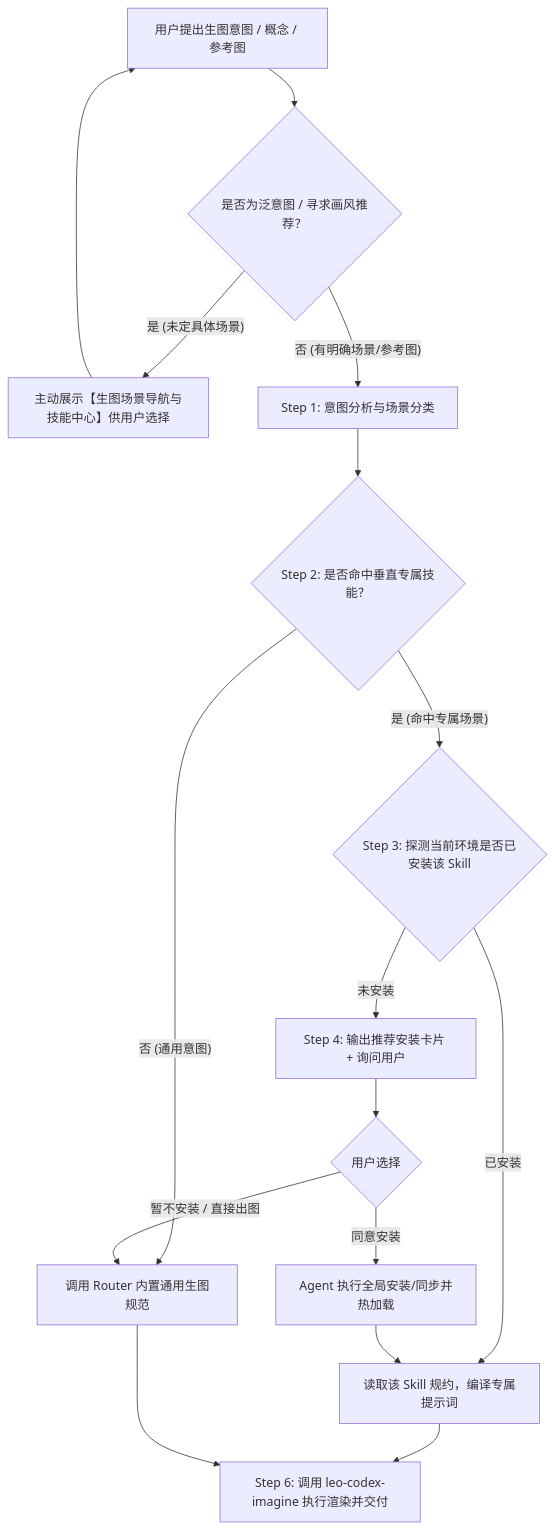
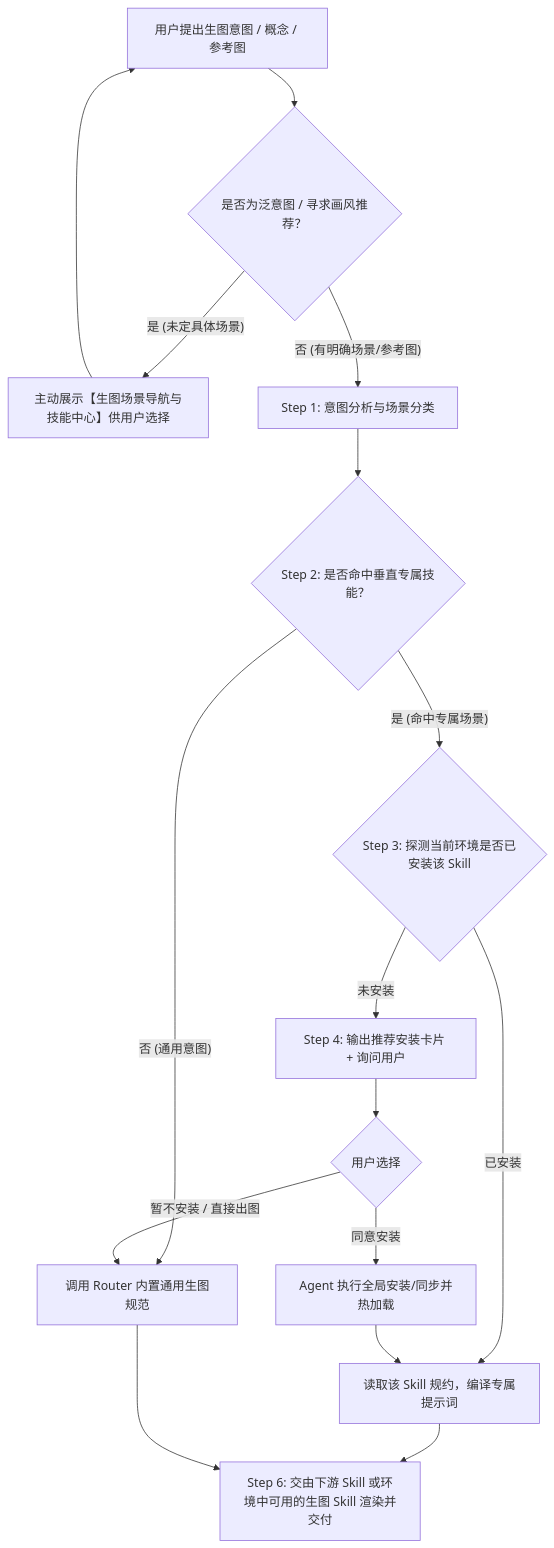
The diagram in lib/skills/leo-imagine-router/SKILL.md (zlpawn/shrimp), drawn with Mermaid before and after one commit. The commit also changed other lines of this file and 1 other file, not shown here.

First line of the commit message:
refactor(leo-imagine-router): decouple routing from the rendering engine

````diff
--- a/lib/skills/leo-imagine-router/SKILL.md
+++ b/lib/skills/leo-imagine-router/SKILL.md
@@ -22,17 +22,17 @@
 ```mermaid
 flowchart TD
     A["用户提出生图意图 / 概念 / 参考图"] --> B{"是否为泛意图 / 寻求画风推荐？"}
     B -- "是 (未定具体场景)" --> C["主动展示【生图场景导航与技能中心】供用户选择"]
     B -- "否 (有明确场景/参考图)" --> D["Step 1: 意图分析与场景分类"]
     C --> A
     D --> E{"Step 2: 是否命中垂直专属技能？"}
     E -- "否 (通用意图)" --> F["调用 Router 内置通用生图规范"]
     E -- "是 (命中专属场景)" --> G{"Step 3: 探测当前环境是否已安装该 Skill"}
     G -- "已安装" --> H["读取该 Skill 规约，编译专属提示词"]
     G -- "未安装" --> I["Step 4: 输出推荐安装卡片 + 询问用户"]
     I --> J{"用户选择"}
     J -- "同意安装" --> K["Agent 执行全局安装/同步并热加载"] --> H
     J -- "暂不安装 / 直接出图" --> F
-    H --> L["Step 6: 调用 leo-codex-imagine 执行渲染并交付"]
+    H --> L["Step 6: 交由下游 Skill 或环境中可用的生图 Skill 渲染并交付"]
     F --> L
 ```
````
